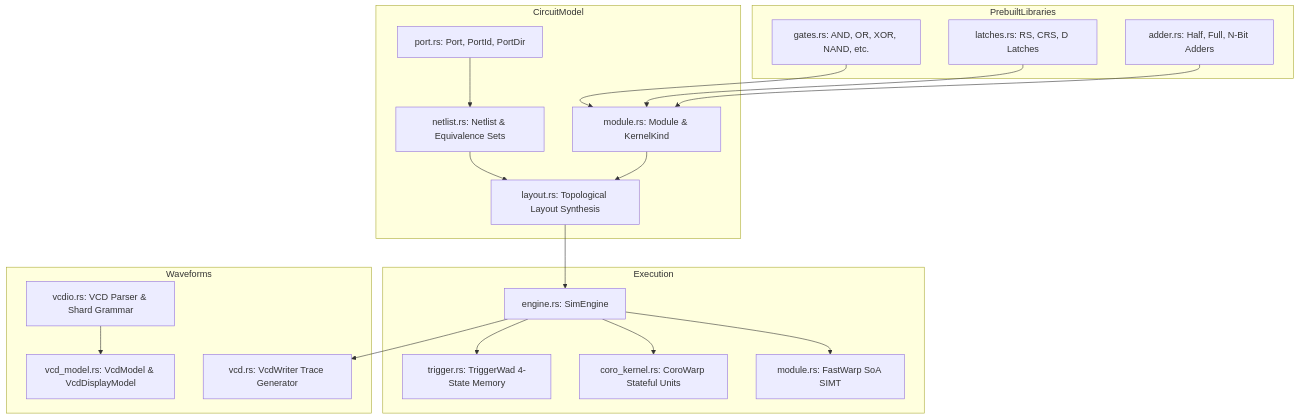
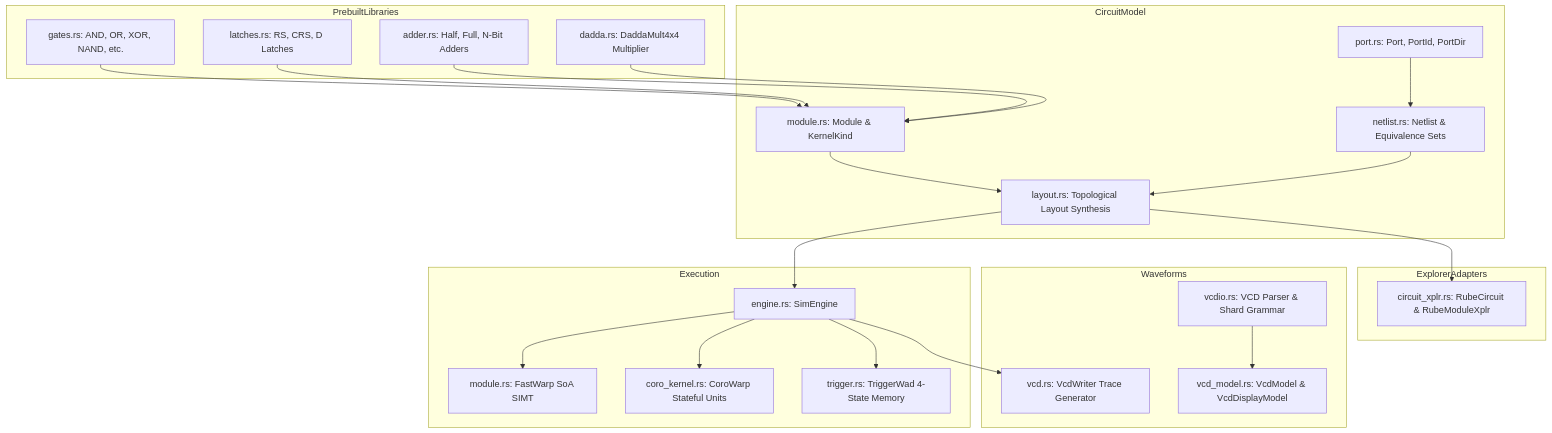
Before and after one commit to jswarup/Trellis: the diagram in wiki/modules/rube.md, drawn with Mermaid. The commit also changed other lines of this file and 4 other files, not shown here.

Commit message:
Update wiki documentation for Dadda multiplier, CircuitXplr, Cask2d schematic solver, and example URI hierarchy

````diff
--- a/wiki/modules/rube.md
+++ b/wiki/modules/rube.md
@@ -24,38 +24,44 @@
 ```mermaid
 flowchart TD
     subgraph CircuitModel
         Module[module.rs: Module & KernelKind]
         Port[port.rs: Port, PortId, PortDir]
         Netlist[netlist.rs: Netlist & Equivalence Sets]
         Layout[layout.rs: Topological Layout Synthesis]
     end
     subgraph Execution
         Engine[engine.rs: SimEngine]
         FastWarp[module.rs: FastWarp SoA SIMT]
         CoroWarp[coro_kernel.rs: CoroWarp Stateful Units]
         TriggerWad[trigger.rs: TriggerWad 4-State Memory]
     end
     subgraph PrebuiltLibraries
         Gates[gates.rs: AND, OR, XOR, NAND, etc.]
         Latches[latches.rs: RS, CRS, D Latches]
         Adders[adder.rs: Half, Full, N-Bit Adders]
+        Dadda[dadda.rs: DaddaMult4x4 Multiplier]
     end
     subgraph Waveforms
         VcdWriter[vcd.rs: VcdWriter Trace Generator]
         VcdIO[vcdio.rs: VCD Parser & Shard Grammar]
         VcdModel[vcd_model.rs: VcdModel & VcdDisplayModel]
+    end
+    subgraph ExplorerAdapters
+        CircuitXplr[circuit_xplr.rs: RubeCircuit & RubeModuleXplr]
     end
 
     Module --> Layout
     Port --> Netlist
     Netlist --> Layout
     Layout --> Engine
     Gates --> Module
     Latches --> Module
     Adders --> Module
+    Dadda --> Module
+    Layout --> CircuitXplr
     Engine --> FastWarp
     Engine --> CoroWarp
     Engine --> TriggerWad
     Engine --> VcdWriter
     VcdIO --> VcdModel
 ```
````
